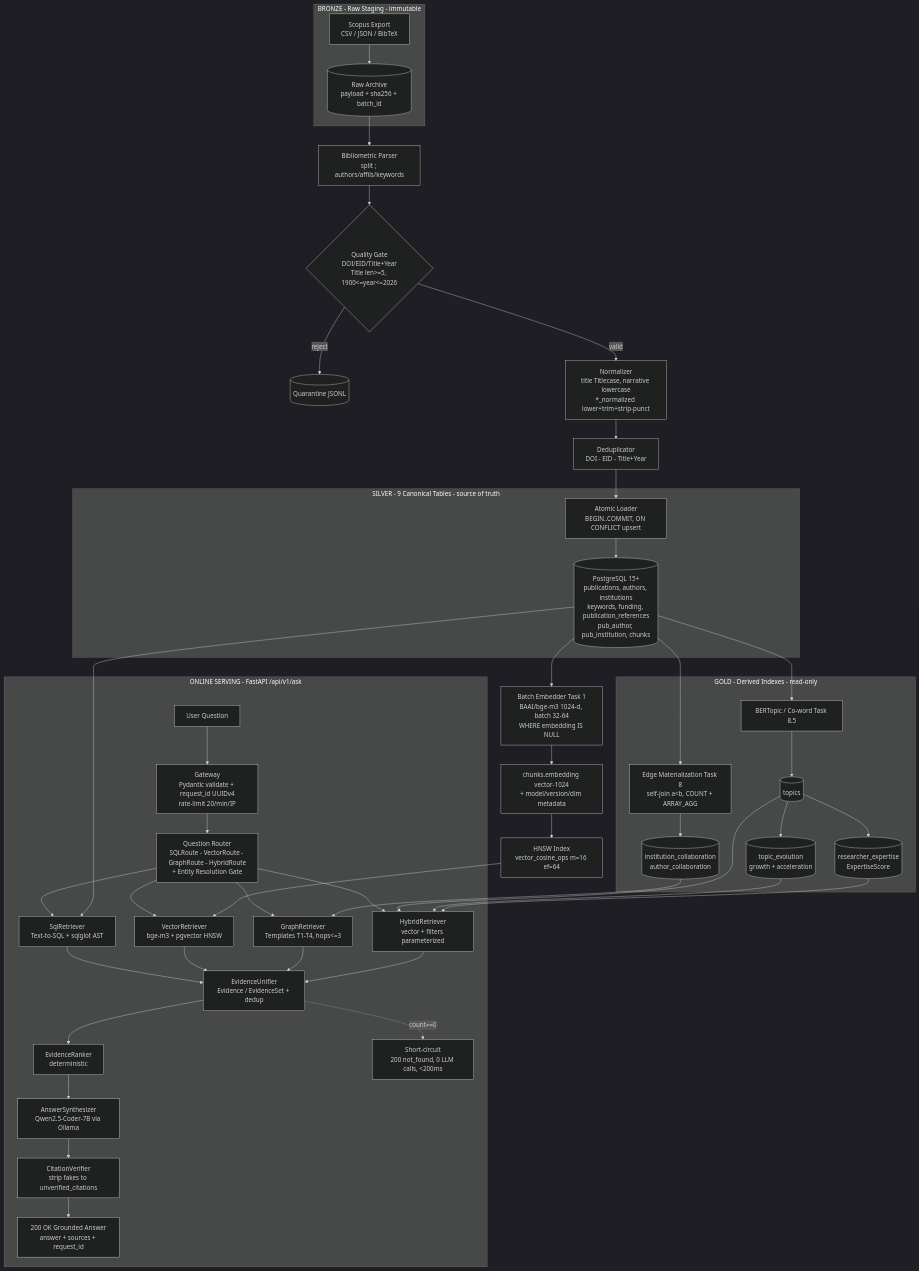
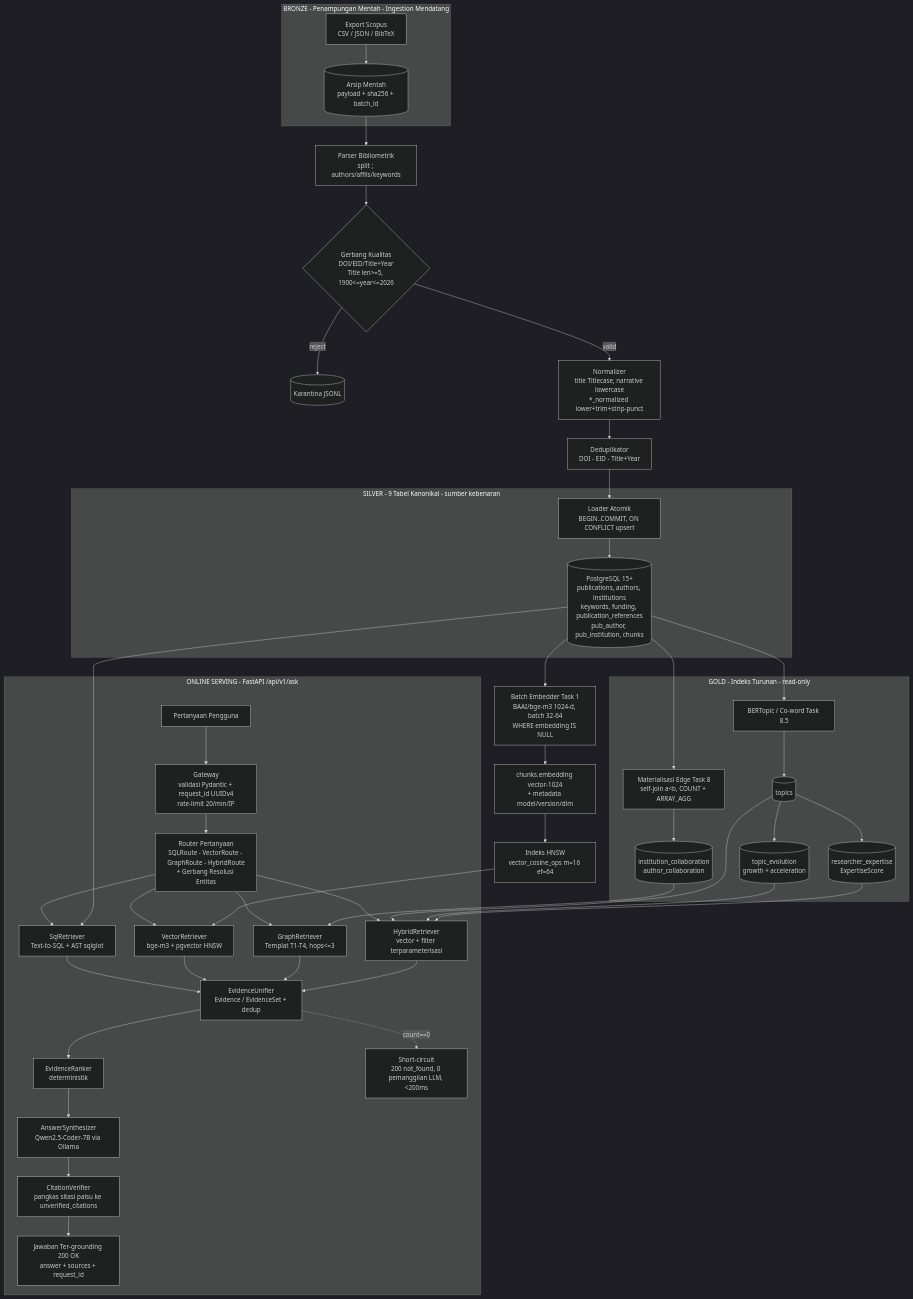
The diagram in README.md (CodeByAbi/AI-Bibliometrics), drawn with Mermaid (dark theme) before and after one commit. The commit also changed other lines of this file and 12 other files, not shown here.

````diff
--- a/README.md
+++ b/README.md
@@ -98,49 +96,49 @@
 ```mermaid
 flowchart TD
-    subgraph Bronze[BRONZE - Raw Staging - immutable]
-        Scopus[Scopus Export<br/>CSV / JSON / BibTeX] --> Archive[(Raw Archive<br/>payload + sha256 + batch_id)]
+    subgraph Bronze[BRONZE - Penampungan Mentah - Ingestion Mendatang]
+        Scopus[Export Scopus<br/>CSV / JSON / BibTeX] --> Archive[(Arsip Mentah<br/>payload + sha256 + batch_id)]
     end
-    Archive --> Parser[Bibliometric Parser<br/>split ; authors/affils/keywords]
-    Parser --> QGate{Quality Gate<br/>DOI/EID/Title+Year<br/>Title len>=5, 1900<=year<=2026}
-    QGate -->|reject| Quarantine[(Quarantine JSONL)]
+    Archive --> Parser[Parser Bibliometrik<br/>split ; authors/affils/keywords]
+    Parser --> QGate{Gerbang Kualitas<br/>DOI/EID/Title+Year<br/>Title len>=5, 1900<=year<=2026}
+    QGate -->|reject| Quarantine[(Karantina JSONL)]
     QGate -->|valid| Normalizer[Normalizer<br/>title Titlecase, narrative lowercase<br/>*_normalized lower+trim+strip-punct]
-    Normalizer --> Dedup[Deduplicator<br/>DOI - EID - Title+Year]
-    Dedup --> Loader[Atomic Loader<br/>BEGIN..COMMIT, ON CONFLICT upsert]
+    Normalizer --> Dedup[Deduplikator<br/>DOI - EID - Title+Year]
+    Dedup --> Loader[Loader Atomik<br/>BEGIN..COMMIT, ON CONFLICT upsert]
 
-    subgraph Silver[SILVER - 9 Canonical Tables - source of truth]
+    subgraph Silver[SILVER - 9 Tabel Kanonikal - sumber kebenaran]
         Loader --> PG[(PostgreSQL 15+<br/>publications, authors, institutions<br/>keywords, funding, publication_references<br/>pub_author, pub_institution, chunks)]
     end
 
     PG --> Embed[Batch Embedder Task 1<br/>BAAI/bge-m3 1024-d, batch 32-64<br/>WHERE embedding IS NULL]
-    Embed --> VecCol[chunks.embedding vector-1024<br/>+ model/version/dim metadata]
-    VecCol --> HNSW[HNSW Index<br/>vector_cosine_ops m=16 ef=64]
-    PG --> EdgeMat[Edge Materialization Task 8<br/>self-join a&lt;b, COUNT + ARRAY_AGG]
+    Embed --> VecCol[chunks.embedding vector-1024<br/>+ metadata model/version/dim]
+    VecCol --> HNSW[Indeks HNSW<br/>vector_cosine_ops m=16 ef=64]
+    PG --> EdgeMat[Materialisasi Edge Task 8<br/>self-join a&lt;b, COUNT + ARRAY_AGG]
 
-    subgraph Gold[GOLD - Derived Indexes - read-only]
+    subgraph Gold[GOLD - Indeks Turunan - read-only]
         EdgeMat --> Edges[(institution_collaboration<br/>author_collaboration)]
         PG --> TopicMod[BERTopic / Co-word Task 8.5]
         TopicMod --> Topics[(topics)]
         Topics --> Evol[(topic_evolution<br/>growth + acceleration)]
         Topics --> Exp[(researcher_expertise<br/>ExpertiseScore)]
     end
 
     subgraph Serving[ONLINE SERVING - FastAPI /api/v1/ask]
-        Q[User Question] --> GW[Gateway<br/>Pydantic validate + request_id UUIDv4<br/>rate-limit 20/min/IP]
-        GW --> Router[Question Router<br/>SQLRoute - VectorRoute - GraphRoute - HybridRoute<br/>+ Entity Resolution Gate]
-        Router --> SQLR[SqlRetriever<br/>Text-to-SQL + sqlglot AST]
+        Q[Pertanyaan Pengguna] --> GW[Gateway<br/>validasi Pydantic + request_id UUIDv4<br/>rate-limit 20/min/IP]
+        GW --> Router[Router Pertanyaan<br/>SQLRoute - VectorRoute - GraphRoute - HybridRoute<br/>+ Gerbang Resolusi Entitas]
+        Router --> SQLR[SqlRetriever<br/>Text-to-SQL + AST sqlglot]
         Router --> VecR[VectorRetriever<br/>bge-m3 + pgvector HNSW]
-        Router --> GrR[GraphRetriever<br/>Templates T1-T4, hops<=3]
-        Router --> HyR[HybridRetriever<br/>vector + filters parameterized]
+        Router --> GrR[GraphRetriever<br/>Templat T1-T4, hops<=3]
+        Router --> HyR[HybridRetriever<br/>vector + filter terparameterisasi]
         SQLR & VecR & GrR & HyR --> EU[EvidenceUnifier<br/>Evidence / EvidenceSet + dedup]
-        EU --> RK[EvidenceRanker<br/>deterministic]
-        EU -.->|count==0| SC[Short-circuit<br/>200 not_found, 0 LLM calls, <200ms]
+        EU --> RK[EvidenceRanker<br/>deterministik]
+        EU -.->|count==0| SC[Short-circuit<br/>200 not_found, 0 pemanggilan LLM, <200ms]
         RK --> Synth[AnswerSynthesizer<br/>Qwen2.5-Coder-7B via Ollama]
-        Synth --> CV[CitationVerifier<br/>strip fakes to unverified_citations]
-        CV --> Resp[200 OK Grounded Answer<br/>answer + sources + request_id]
+        Synth --> CV[CitationVerifier<br/>pangkas sitasi palsu ke unverified_citations]
+        CV --> Resp[Jawaban Ter-grounding 200 OK<br/>answer + sources + request_id]
     end
 
     HNSW --> VecR
     Edges --> GrR
     Topics & Evol & Exp --> HyR
     PG --> SQLR
 ```
````
